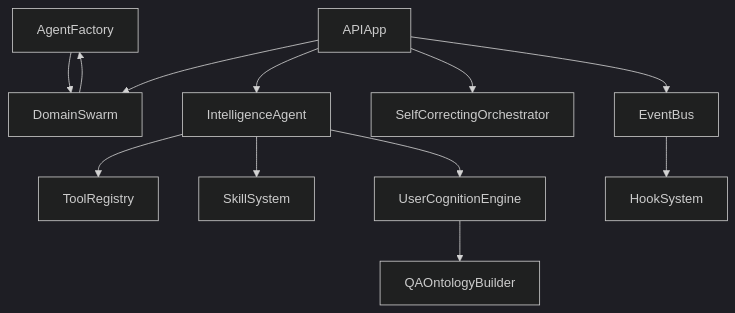
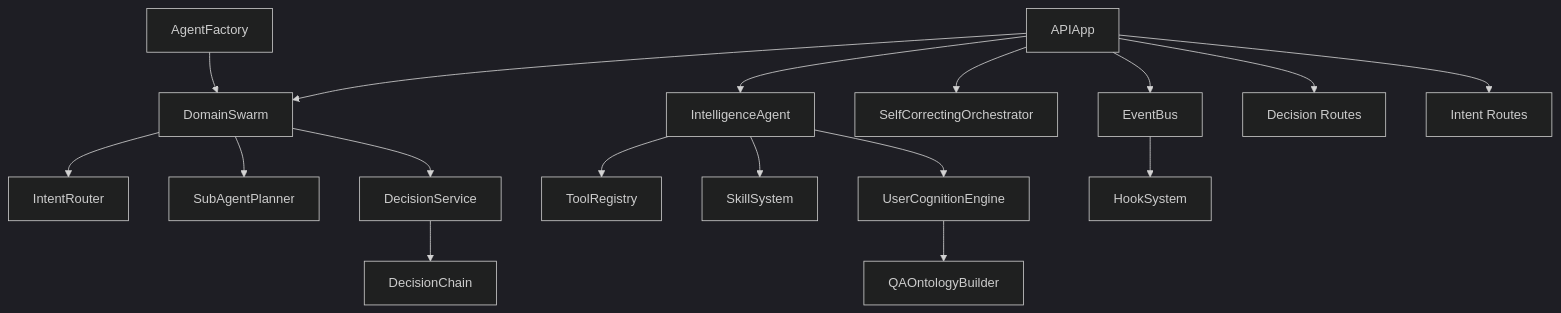
One commit to inier/ontology-graphiti changed diagram 14 of 14 in .qoder/repowiki/zh/content/后端服务/业务领域服务/核心业务模块/Agent智能体系统.md. Above: the diagram before and after it, drawn with Mermaid (dark theme). The commit also changed other lines of this file and 64 other files, not shown here.

````diff
--- a/.qoder/repowiki/zh/content/后端服务/业务领域服务/核心业务模块/Agent智能体系统.md
+++ b/.qoder/repowiki/zh/content/后端服务/业务领域服务/核心业务模块/Agent智能体系统.md
@@ -404,14 +598,19 @@
 ```mermaid
 graph TB
 AF["AgentFactory"] --> SWARM["DomainSwarm"]
+SWARM --> INTENT_ROUTER["IntentRouter"]
+SWARM --> SUB_PLANNER["SubAgentPlanner"]
+SWARM --> DECISION_SERVICE["DecisionService"]
+DECISION_SERVICE --> DECISION_CHAIN["DecisionChain"]
 INT["IntelligenceAgent"] --> TR["ToolRegistry"]
 INT --> SK["SkillSystem"]
 INT --> UCE["UserCognitionEngine"]
 UCE --> QA["QAOntologyBuilder"]
-SWARM --> AF
 API["APIApp"] --> SWARM
 API --> INT
 API --> ORCH["SelfCorrectingOrchestrator"]
 API --> WS["EventBus"]
+API --> DECISION_API["Decision Routes"]
+API --> INTENT_API["Intent Routes"]
 WS --> HOOK["HookSystem"]
 ```
````
